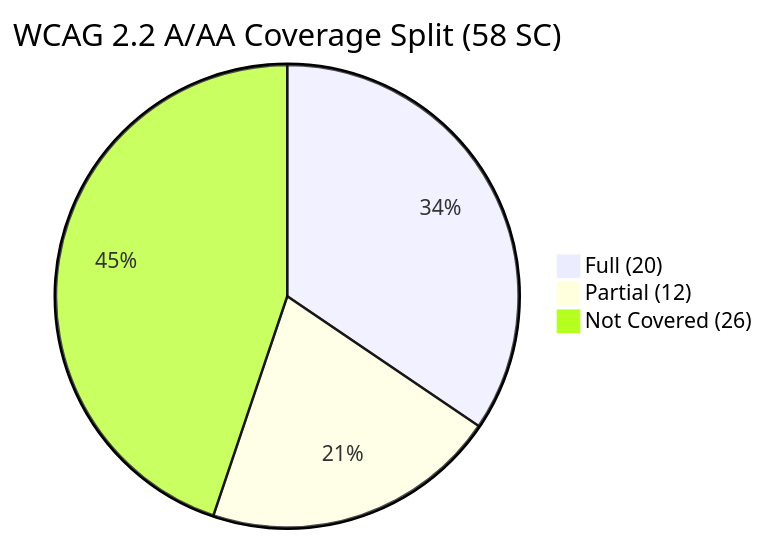
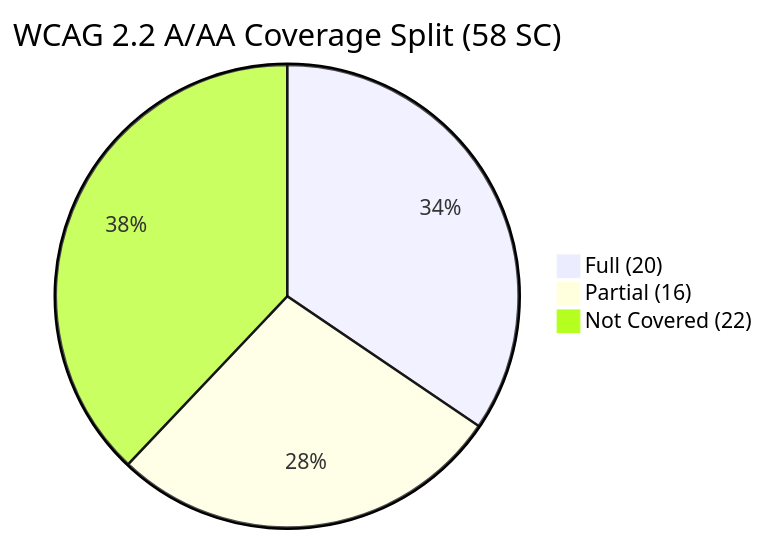
One commit to WillyEverGreen/BEACON changed the first of 3 diagrams in docs/architecture/ACCESSIBILITY_COVERAGE.md. Above: the diagram before and after it, drawn with Mermaid. The commit also changed other lines of this file and 49 other files, not shown here.

````diff
--- a/docs/architecture/ACCESSIBILITY_COVERAGE.md
+++ b/docs/architecture/ACCESSIBILITY_COVERAGE.md
@@ -38,6 +38,6 @@
 ```mermaid
 pie title WCAG 2.2 A/AA Coverage Split (58 SC)
     "Full (20)" : 20
-    "Partial (12)" : 12
-    "Not Covered (26)" : 26
+    "Partial (16)" : 16
+    "Not Covered (22)" : 22
 ```
````
